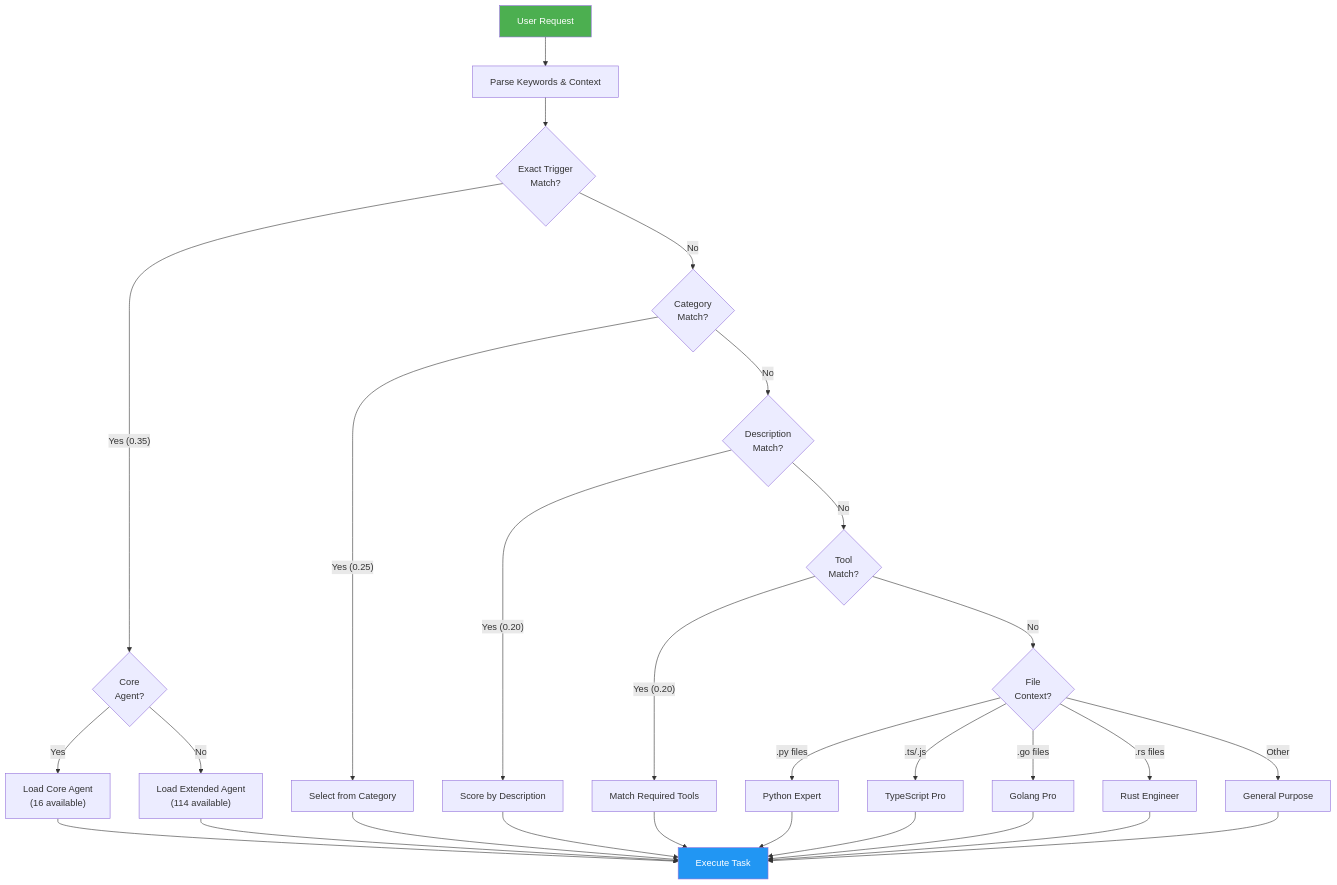
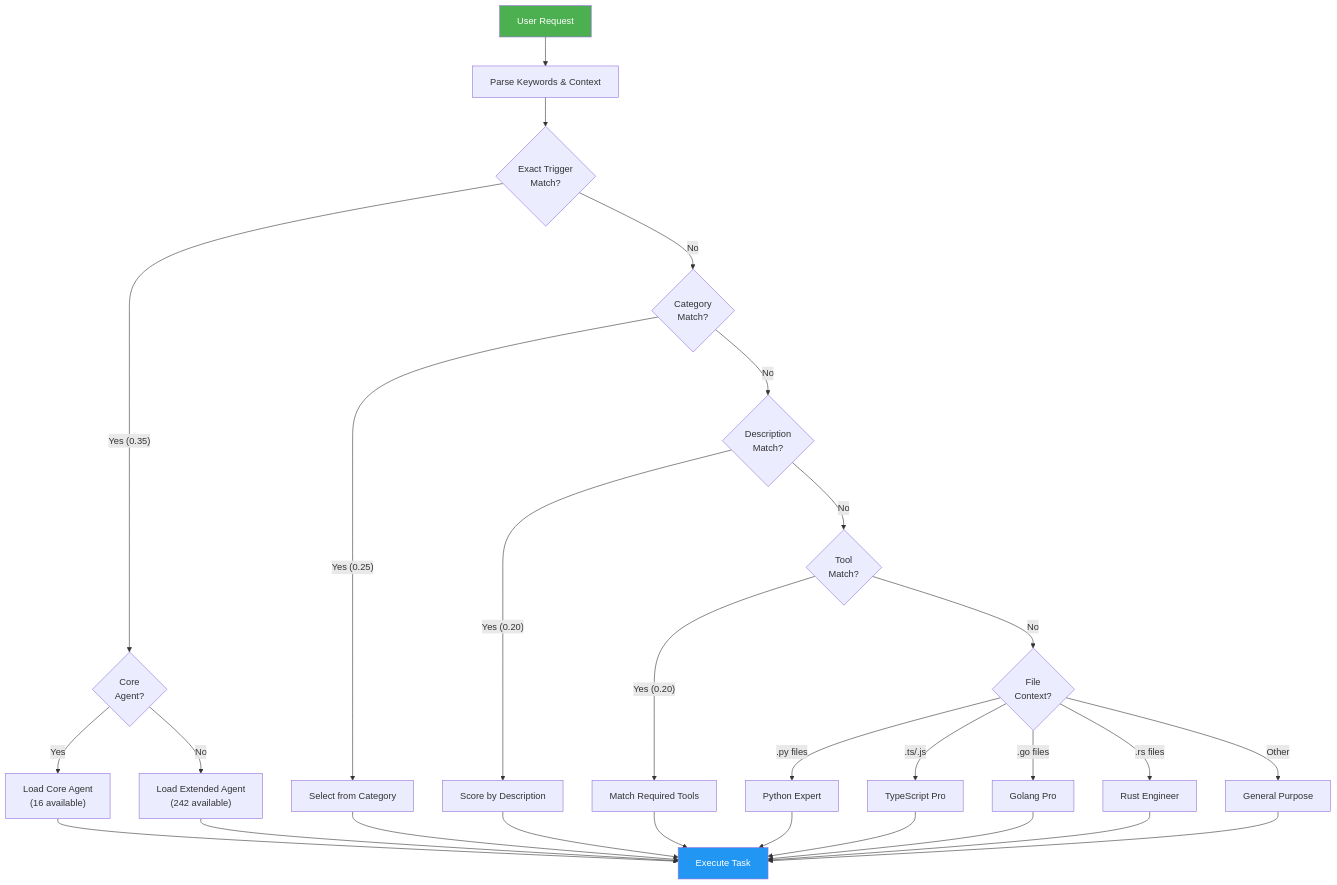
Before and after one commit to Tony363/SuperClaude: the third of 9 diagrams in README.md, drawn with Mermaid. The commit also changed other lines of this file, not shown here.

````diff
--- a/README.md
+++ b/README.md
@@ -412,40 +416,40 @@
 ```mermaid
 flowchart TD
     START["User Request"] --> PARSE["Parse Keywords & Context"]
 
     PARSE --> TRIGGER{"Exact Trigger<br/>Match?"}
     TRIGGER -->|"Yes (0.35)"| CORE{"Core<br/>Agent?"}
     TRIGGER -->|"No"| CATEGORY{"Category<br/>Match?"}
 
     CORE -->|"Yes"| USE_CORE["Load Core Agent<br/>(16 available)"]
-    CORE -->|"No"| USE_EXT["Load Extended Agent<br/>(114 available)"]
+    CORE -->|"No"| USE_EXT["Load Extended Agent<br/>(242 available)"]
 
     CATEGORY -->|"Yes (0.25)"| CAT_SELECT["Select from Category"]
     CATEGORY -->|"No"| DESC{"Description<br/>Match?"}
 
     DESC -->|"Yes (0.20)"| DESC_SELECT["Score by Description"]
     DESC -->|"No"| TOOL{"Tool<br/>Match?"}
 
     TOOL -->|"Yes (0.20)"| TOOL_SELECT["Match Required Tools"]
     TOOL -->|"No"| FILE{"File<br/>Context?"}
 
     FILE -->|".py files"| PYTHON["Python Expert"]
     FILE -->|".ts/.js"| TS["TypeScript Pro"]
     FILE -->|".go files"| GO["Golang Pro"]
     FILE -->|".rs files"| RUST["Rust Engineer"]
     FILE -->|"Other"| GENERAL["General Purpose"]
 
     USE_CORE --> EXEC["Execute Task"]
     USE_EXT --> EXEC
     CAT_SELECT --> EXEC
     DESC_SELECT --> EXEC
     TOOL_SELECT --> EXEC
     PYTHON --> EXEC
     TS --> EXEC
     GO --> EXEC
     RUST --> EXEC
     GENERAL --> EXEC
 
     style START fill:#4caf50,color:#fff
     style EXEC fill:#2196f3,color:#fff
 ```
````
